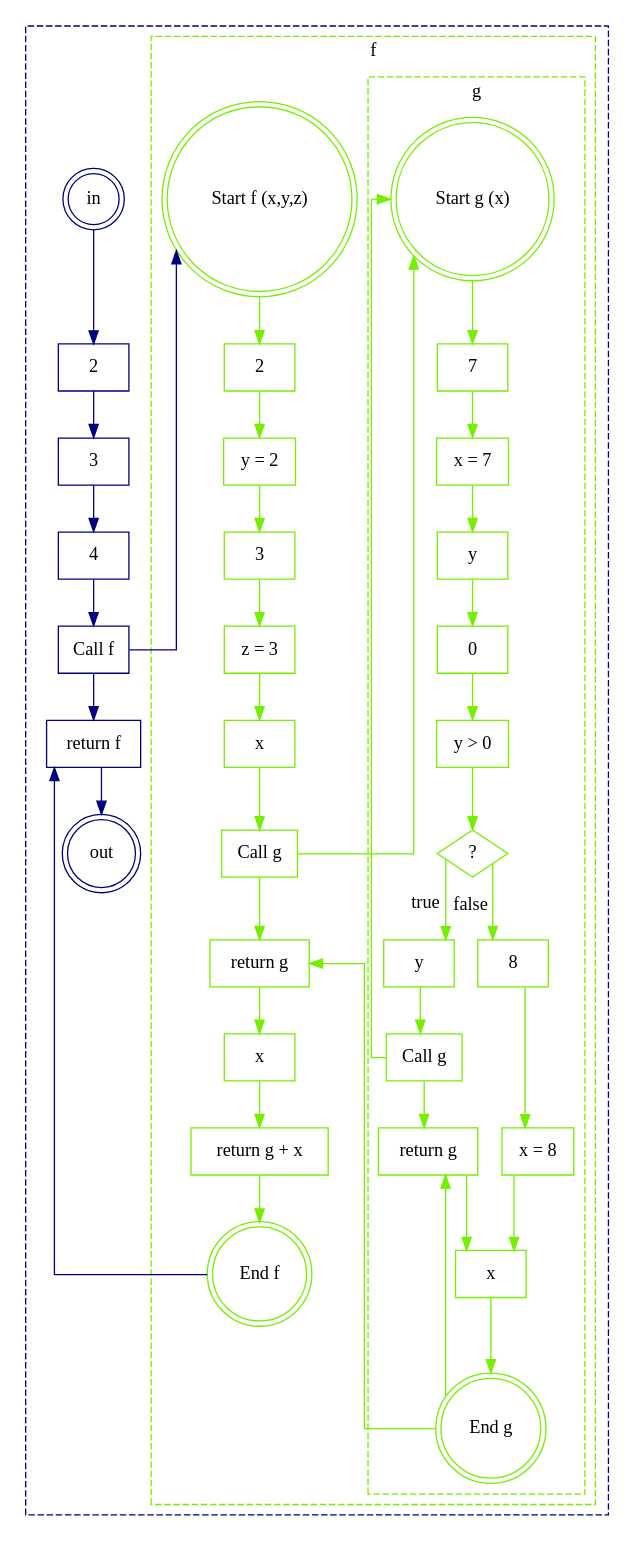
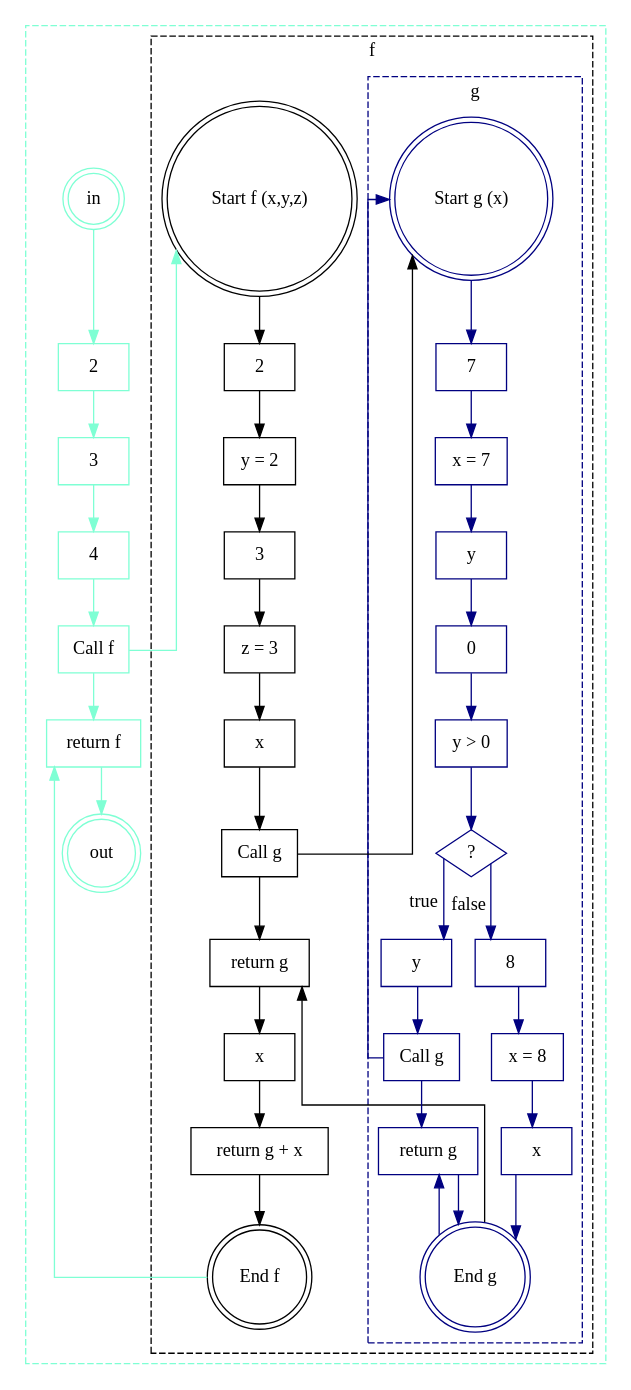
Before and after one commit to Cataract92/TRIPLA: the diagram in res/graph.dot, drawn with Graphviz. The commit also changed 2 other files, not shown here.

```diff
--- a/res/graph.dot
+++ b/res/graph.dot
@@ -1,86 +1,86 @@
 digraph G {
   splines=ortho;
   subgraph cluster_ {
     label="";
-     style="dashed"    color="navy";
+     style="dashed"    color="aquamarine";
   subgraph cluster_f {
     label="f";
-     style="dashed"    color="chartreuse2";
+     style="dashed"    color="darkgoldenrot";
   subgraph cluster_g {
     label="g";
-     style="dashed"    color="chartreuse2";
-1 [label = "Start g (x)", shape = "doublecircle", style = "", color="chartreuse2"];
-2 [label = "End g", shape = "doublecircle", style = "", color="chartreuse2"];
-3 [label = "7", shape = "rectangle", style = "", color="chartreuse2"];
-4 [label = "x = 7", shape = "rectangle", style = "", color="chartreuse2"];
-5 [label = "y", shape = "rectangle", style = "", color="chartreuse2"];
-6 [label = "0", shape = "rectangle", style = "", color="chartreuse2"];
-7 [label = "y > 0", shape = "rectangle", style = "", color="chartreuse2"];
-8 [label = "?", shape = "diamond", style = "", color="chartreuse2"];
-9 [label = "y", shape = "rectangle", style = "", color="chartreuse2"];
-10 [label = "Call g", shape = "rectangle", style = "", color="chartreuse2"];
-11 [label = "return g", shape = "rectangle", style = "", color="chartreuse2"];
-12 [label = "8", shape = "rectangle", style = "", color="chartreuse2"];
-13 [label = "x = 8", shape = "rectangle", style = "", color="chartreuse2"];
-14 [label = "x", shape = "rectangle", style = "", color="chartreuse2"];
-  1 -> 3 [xlabel = "", constraint = "true", color="chartreuse2"]
-  3 -> 4 [xlabel = "", constraint = "true", color="chartreuse2"]
-  4 -> 5 [xlabel = "", constraint = "true", color="chartreuse2"]
-  5 -> 6 [xlabel = "", constraint = "true", color="chartreuse2"]
-  6 -> 7 [xlabel = "", constraint = "true", color="chartreuse2"]
-  7 -> 8 [xlabel = "", constraint = "true", color="chartreuse2"]
-  8 -> 9 [xlabel = "true", constraint = "true", color="chartreuse2"]
-  9 -> 10 [xlabel = "", constraint = "true", color="chartreuse2"]
-  10 -> 11 [xlabel = "", constraint = "true", color="chartreuse2"]
-  10 -> 1 [xlabel = "", constraint = "false", color="chartreuse2"]
-  2 -> 11 [xlabel = "", constraint = "false", color="chartreuse2"]
-  8 -> 12 [xlabel = "false", constraint = "true", color="chartreuse2"]
-  12 -> 13 [xlabel = "", constraint = "true", color="chartreuse2"]
-  14 -> 2 [xlabel = "", constraint = "true", color="chartreuse2"]
-  11 -> 14 [xlabel = "", constraint = "true", color="chartreuse2"]
-  13 -> 14 [xlabel = "", constraint = "true", color="chartreuse2"]
+     style="dashed"    color="navy";
+1 [label = "Start g (x)", shape = "doublecircle", style = "", color="navy"];
+2 [label = "End g", shape = "doublecircle", style = "", color="navy"];
+3 [label = "7", shape = "rectangle", style = "", color="navy"];
+4 [label = "x = 7", shape = "rectangle", style = "", color="navy"];
+5 [label = "y", shape = "rectangle", style = "", color="navy"];
+6 [label = "0", shape = "rectangle", style = "", color="navy"];
+7 [label = "y > 0", shape = "rectangle", style = "", color="navy"];
+8 [label = "?", shape = "diamond", style = "", color="navy"];
+9 [label = "y", shape = "rectangle", style = "", color="navy"];
+10 [label = "Call g", shape = "rectangle", style = "", color="navy"];
+11 [label = "return g", shape = "rectangle", style = "", color="navy"];
+12 [label = "8", shape = "rectangle", style = "", color="navy"];
+13 [label = "x = 8", shape = "rectangle", style = "", color="navy"];
+14 [label = "x", shape = "rectangle", style = "", color="navy"];
+  1 -> 3 [xlabel = "", constraint = "true", color="navy"]
+  3 -> 4 [xlabel = "", constraint = "true", color="navy"]
+  4 -> 5 [xlabel = "", constraint = "true", color="navy"]
+  5 -> 6 [xlabel = "", constraint = "true", color="navy"]
+  6 -> 7 [xlabel = "", constraint = "true", color="navy"]
+  7 -> 8 [xlabel = "", constraint = "true", color="navy"]
+  8 -> 9 [xlabel = "true", constraint = "true", color="navy"]
+  9 -> 10 [xlabel = "", constraint = "true", color="navy"]
+  10 -> 11 [xlabel = "", constraint = "true", color="navy"]
+  10 -> 1 [xlabel = "", constraint = "false", color="navy"]
+  2 -> 11 [xlabel = "", constraint = "false", color="navy"]
+  8 -> 12 [xlabel = "false", constraint = "true", color="navy"]
+  12 -> 13 [xlabel = "", constraint = "true", color="navy"]
+  13 -> 14 [xlabel = "", constraint = "true", color="navy"]
+  11 -> 2 [xlabel = "", constraint = "true", color="navy"]
+  14 -> 2 [xlabel = "", constraint = "true", color="navy"]
 
 }
-15 [label = "Start f (x,y,z)", shape = "doublecircle", style = "", color="chartreuse2"];
-16 [label = "End f", shape = "doublecircle", style = "", color="chartreuse2"];
-17 [label = "2", shape = "rectangle", style = "", color="chartreuse2"];
-18 [label = "y = 2", shape = "rectangle", style = "", color="chartreuse2"];
-19 [label = "3", shape = "rectangle", style = "", color="chartreuse2"];
-20 [label = "z = 3", shape = "rectangle", style = "", color="chartreuse2"];
-21 [label = "x", shape = "rectangle", style = "", color="chartreuse2"];
-22 [label = "Call g", shape = "rectangle", style = "", color="chartreuse2"];
-23 [label = "return g", shape = "rectangle", style = "", color="chartreuse2"];
-24 [label = "x", shape = "rectangle", style = "", color="chartreuse2"];
-25 [label = "return g + x", shape = "rectangle", style = "", color="chartreuse2"];
-  15 -> 17 [xlabel = "", constraint = "true", color="chartreuse2"]
-  17 -> 18 [xlabel = "", constraint = "true", color="chartreuse2"]
-  18 -> 19 [xlabel = "", constraint = "true", color="chartreuse2"]
-  19 -> 20 [xlabel = "", constraint = "true", color="chartreuse2"]
-  20 -> 21 [xlabel = "", constraint = "true", color="chartreuse2"]
-  21 -> 22 [xlabel = "", constraint = "true", color="chartreuse2"]
-  22 -> 23 [xlabel = "", constraint = "true", color="chartreuse2"]
-  22 -> 1 [xlabel = "", constraint = "false", color="chartreuse2"]
-  2 -> 23 [xlabel = "", constraint = "false", color="chartreuse2"]
-  23 -> 24 [xlabel = "", constraint = "true", color="chartreuse2"]
-  24 -> 25 [xlabel = "", constraint = "true", color="chartreuse2"]
-  25 -> 16 [xlabel = "", constraint = "true", color="chartreuse2"]
+15 [label = "Start f (x,y,z)", shape = "doublecircle", style = "", color="darkgoldenrot"];
+16 [label = "End f", shape = "doublecircle", style = "", color="darkgoldenrot"];
+17 [label = "2", shape = "rectangle", style = "", color="darkgoldenrot"];
+18 [label = "y = 2", shape = "rectangle", style = "", color="darkgoldenrot"];
+19 [label = "3", shape = "rectangle", style = "", color="darkgoldenrot"];
+20 [label = "z = 3", shape = "rectangle", style = "", color="darkgoldenrot"];
+21 [label = "x", shape = "rectangle", style = "", color="darkgoldenrot"];
+22 [label = "Call g", shape = "rectangle", style = "", color="darkgoldenrot"];
+23 [label = "return g", shape = "rectangle", style = "", color="darkgoldenrot"];
+24 [label = "x", shape = "rectangle", style = "", color="darkgoldenrot"];
+25 [label = "return g + x", shape = "rectangle", style = "", color="darkgoldenrot"];
+  15 -> 17 [xlabel = "", constraint = "true", color="darkgoldenrot"]
+  17 -> 18 [xlabel = "", constraint = "true", color="darkgoldenrot"]
+  18 -> 19 [xlabel = "", constraint = "true", color="darkgoldenrot"]
+  19 -> 20 [xlabel = "", constraint = "true", color="darkgoldenrot"]
+  20 -> 21 [xlabel = "", constraint = "true", color="darkgoldenrot"]
+  21 -> 22 [xlabel = "", constraint = "true", color="darkgoldenrot"]
+  22 -> 23 [xlabel = "", constraint = "true", color="darkgoldenrot"]
+  22 -> 1 [xlabel = "", constraint = "false", color="darkgoldenrot"]
+  2 -> 23 [xlabel = "", constraint = "false", color="darkgoldenrot"]
+  23 -> 24 [xlabel = "", constraint = "true", color="darkgoldenrot"]
+  24 -> 25 [xlabel = "", constraint = "true", color="darkgoldenrot"]
+  25 -> 16 [xlabel = "", constraint = "true", color="darkgoldenrot"]
 
 }
-26 [label = "in", shape = "doublecircle", style = "", color="navy"];
-27 [label = "out", shape = "doublecircle", style = "", color="navy"];
-28 [label = "2", shape = "rectangle", style = "", color="navy"];
-29 [label = "3", shape = "rectangle", style = "", color="navy"];
-30 [label = "4", shape = "rectangle", style = "", color="navy"];
-31 [label = "Call f", shape = "rectangle", style = "", color="navy"];
-32 [label = "return f", shape = "rectangle", style = "", color="navy"];
-  26 -> 28 [xlabel = "", constraint = "true", color="navy"]
-  28 -> 29 [xlabel = "", constraint = "true", color="navy"]
-  29 -> 30 [xlabel = "", constraint = "true", color="navy"]
-  30 -> 31 [xlabel = "", constraint = "true", color="navy"]
-  31 -> 32 [xlabel = "", constraint = "true", color="navy"]
-  31 -> 15 [xlabel = "", constraint = "false", color="navy"]
-  16 -> 32 [xlabel = "", constraint = "false", color="navy"]
-  32 -> 27 [xlabel = "", constraint = "true", color="navy"]
+26 [label = "in", shape = "doublecircle", style = "", color="aquamarine"];
+27 [label = "out", shape = "doublecircle", style = "", color="aquamarine"];
+28 [label = "2", shape = "rectangle", style = "", color="aquamarine"];
+29 [label = "3", shape = "rectangle", style = "", color="aquamarine"];
+30 [label = "4", shape = "rectangle", style = "", color="aquamarine"];
+31 [label = "Call f", shape = "rectangle", style = "", color="aquamarine"];
+32 [label = "return f", shape = "rectangle", style = "", color="aquamarine"];
+  26 -> 28 [xlabel = "", constraint = "true", color="aquamarine"]
+  28 -> 29 [xlabel = "", constraint = "true", color="aquamarine"]
+  29 -> 30 [xlabel = "", constraint = "true", color="aquamarine"]
+  30 -> 31 [xlabel = "", constraint = "true", color="aquamarine"]
+  31 -> 32 [xlabel = "", constraint = "true", color="aquamarine"]
+  31 -> 15 [xlabel = "", constraint = "false", color="aquamarine"]
+  16 -> 32 [xlabel = "", constraint = "false", color="aquamarine"]
+  32 -> 27 [xlabel = "", constraint = "true", color="aquamarine"]
 
 }
 }
```
